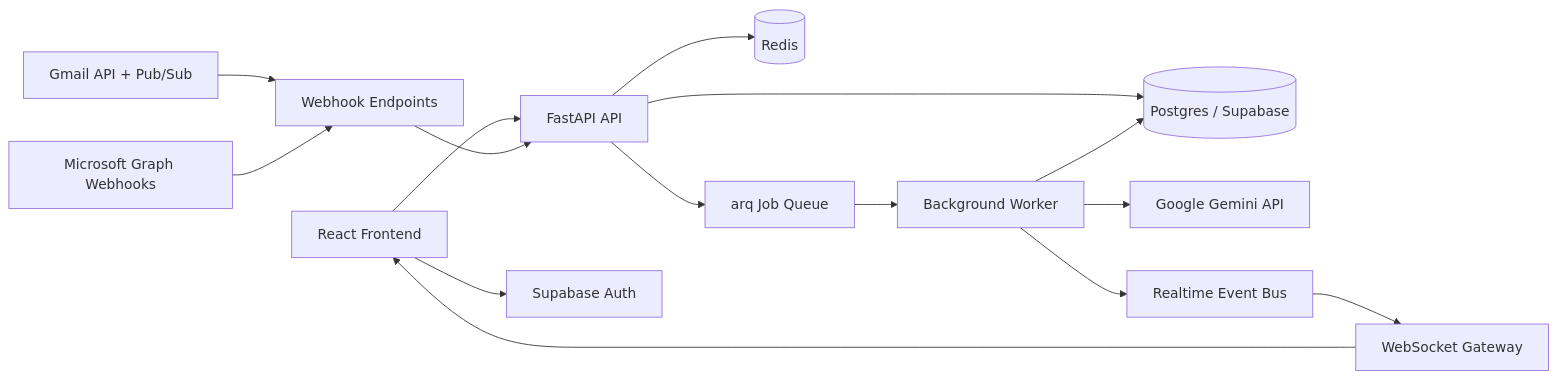
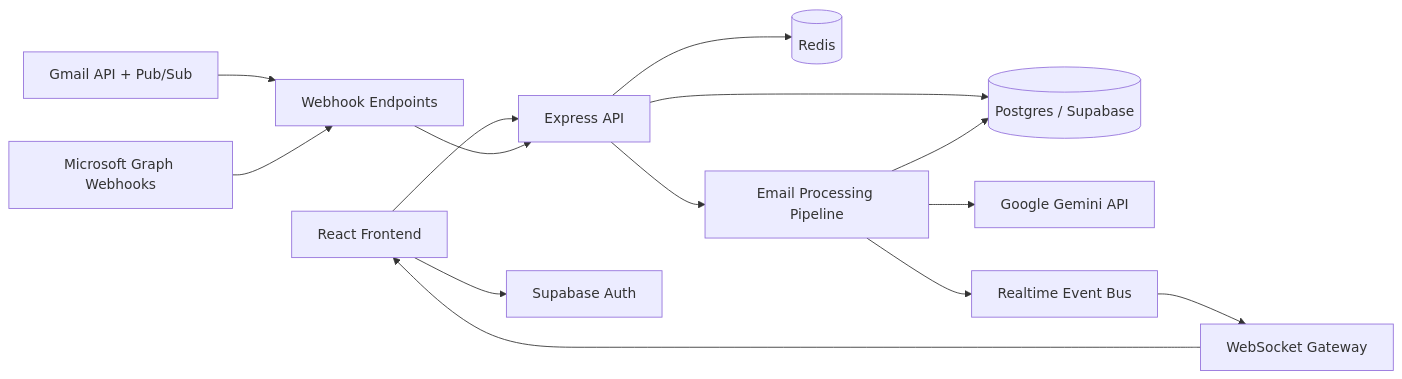
One commit to ArinDixit06/Unisync changed the diagram in README.md. Above: the diagram before and after it, drawn with Mermaid. The commit also changed other lines of this file and 9 other files, not shown here.

````diff
--- a/README.md
+++ b/README.md
@@ -86,17 +86,16 @@
 ```mermaid
 flowchart LR
-  FE[React Frontend] --> API[FastAPI API]
+  FE[React Frontend] --> API[Express API]
   FE --> SB[Supabase Auth]
   API --> PG[(Postgres / Supabase)]
   API --> REDIS[(Redis)]
   GMAIL[Gmail API + Pub/Sub] --> WEBHOOKS[Webhook Endpoints]
   OUTLOOK[Microsoft Graph Webhooks] --> WEBHOOKS
   WEBHOOKS --> API
-  API --> QUEUE[arq Job Queue]
-  QUEUE --> WORKER[Background Worker]
-  WORKER --> GEMINI[Google Gemini API]
-  WORKER --> PG
-  WORKER --> BUS[Realtime Event Bus]
+  API --> PIPELINE[Email Processing Pipeline]
+  PIPELINE --> GEMINI[Google Gemini API]
+  PIPELINE --> PG
+  PIPELINE --> BUS[Realtime Event Bus]
   BUS --> WS[WebSocket Gateway]
   WS --> FE
 ```
````
